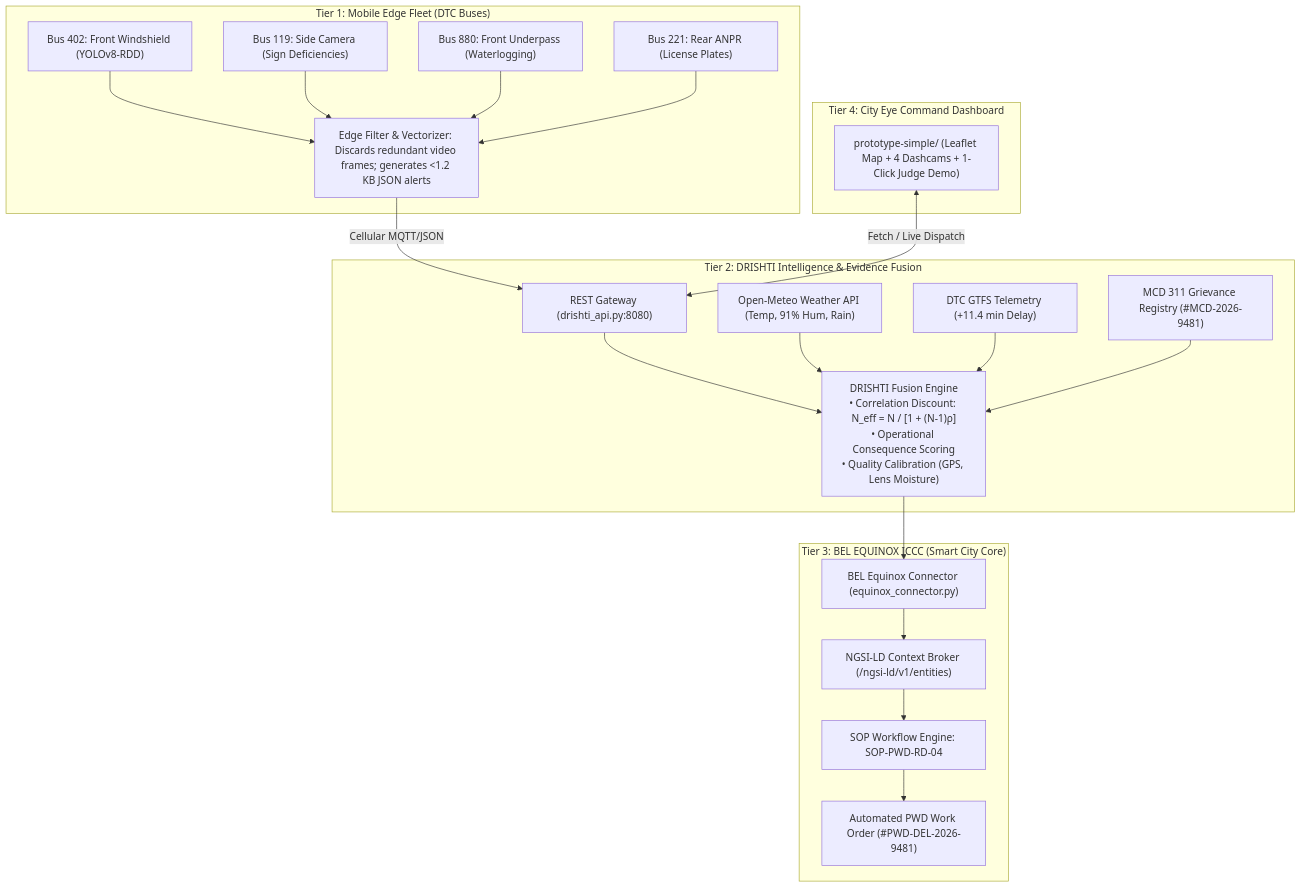
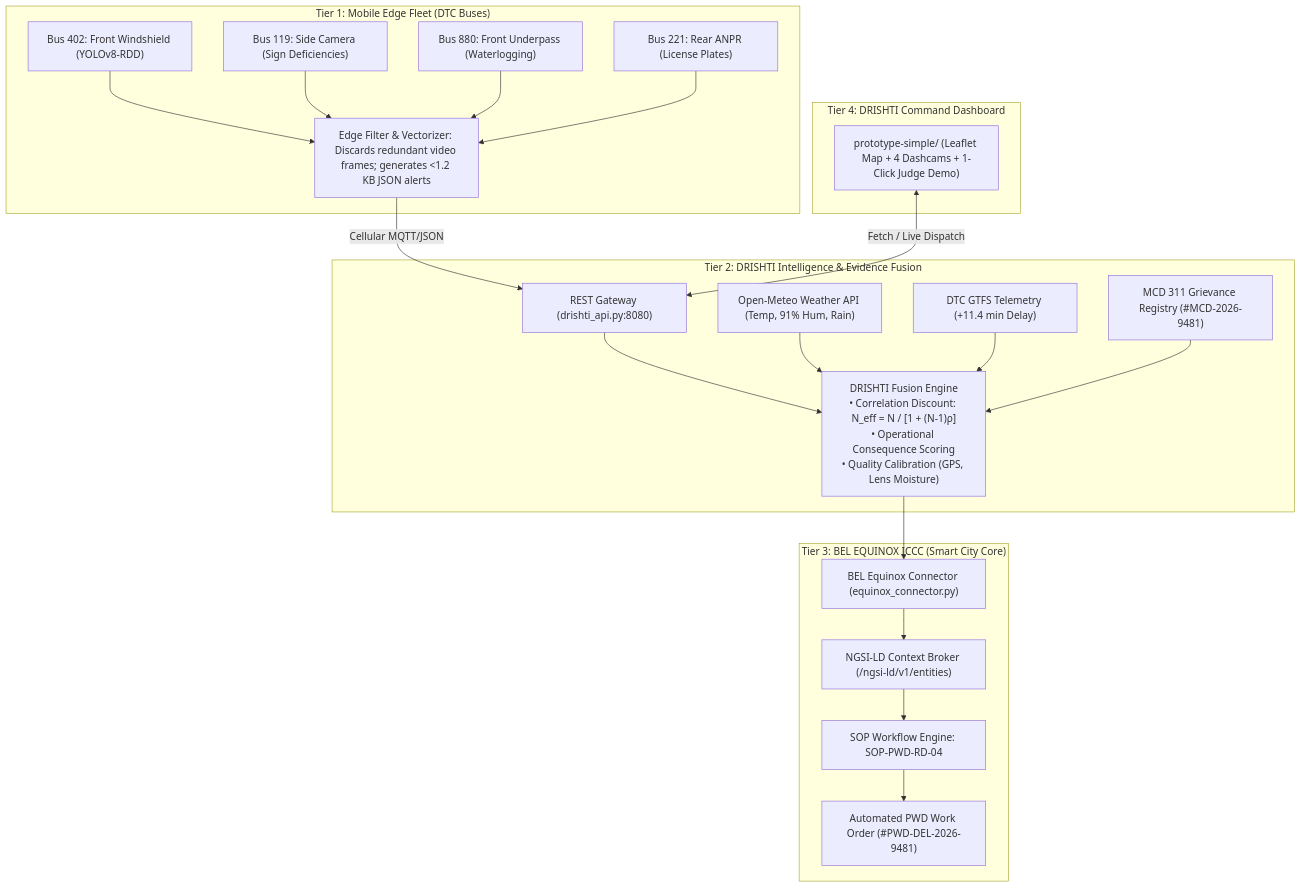
Before and after one commit to Gaurang774/DRISHTI: the diagram in SYSTEM_REPORT.md, drawn with Mermaid. The commit also changed other lines of this file and 3 other files, not shown here.

Commit message:
chore: Rename CITY EYE to DRISHTI across documentation and UI

````diff
--- a/SYSTEM_REPORT.md
+++ b/SYSTEM_REPORT.md
@@ -79,46 +80,46 @@
 ```mermaid
 graph TD
     subgraph Tier1["Tier 1: Mobile Edge Fleet (DTC Buses)"]
         Bus1["Bus 402: Front Windshield (YOLOv8-RDD)"]
         Bus2["Bus 119: Side Camera (Sign Deficiencies)"]
         Bus3["Bus 880: Front Underpass (Waterlogging)"]
         Bus4["Bus 221: Rear ANPR (License Plates)"]
         EdgeFilter["Edge Filter & Vectorizer: Discards redundant video frames; generates <1.2 KB JSON alerts"]
         Bus1 --> EdgeFilter
         Bus2 --> EdgeFilter
         Bus3 --> EdgeFilter
         Bus4 --> EdgeFilter
     end
 
     subgraph Tier2["Tier 2: DRISHTI Intelligence & Evidence Fusion"]
         Gateway["REST Gateway (drishti_api.py:8080)"]
         WeatherOSINT["Open-Meteo Weather API (Temp, 91% Hum, Rain)"]
         GTFSStream["DTC GTFS Telemetry (+11.4 min Delay)"]
         MCD311["MCD 311 Grievance Registry (#MCD-2026-9481)"]
         
         FusionEngine["DRISHTI Fusion Engine<br/>• Correlation Discount: N_eff = N / [1 + (N-1)ρ]<br/>• Operational Consequence Scoring<br/>• Quality Calibration (GPS, Lens Moisture)"]
         
         EdgeFilter -->|Cellular MQTT/JSON| Gateway
         Gateway --> FusionEngine
         WeatherOSINT --> FusionEngine
         GTFSStream --> FusionEngine
         MCD311 --> FusionEngine
     end
 
     subgraph Tier3["Tier 3: BEL EQUINOX ICCC (Smart City Core)"]
         Connector["BEL Equinox Connector (equinox_connector.py)"]
         NGSI["NGSI-LD Context Broker (/ngsi-ld/v1/entities)"]
         SOP["SOP Workflow Engine: SOP-PWD-RD-04"]
         PWD["Automated PWD Work Order (#PWD-DEL-2026-9481)"]
         
         FusionEngine --> Connector
         Connector --> NGSI
         NGSI --> SOP
         SOP --> PWD
     end
 
-    subgraph Dashboard["Tier 4: City Eye Command Dashboard"]
+    subgraph Dashboard["Tier 4: DRISHTI Command Dashboard"]
         UI["prototype-simple/ (Leaflet Map + 4 Dashcams + 1-Click Judge Demo)"]
         UI <-->|Fetch / Live Dispatch| Gateway
     end
 ```
````
